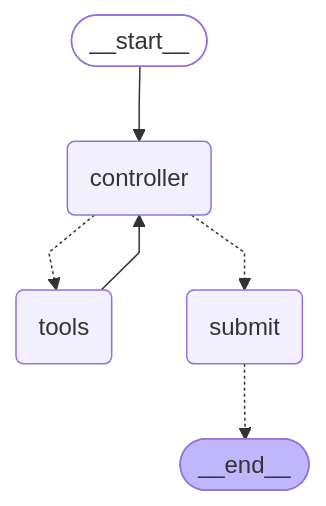
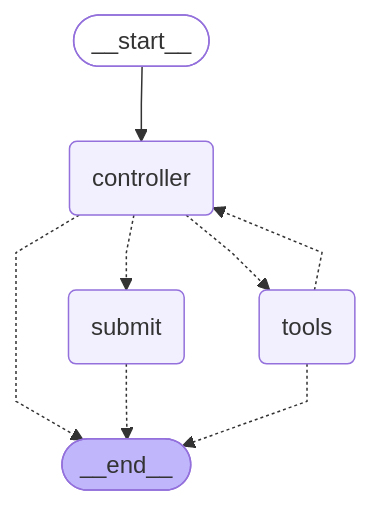
Before and after one commit to ASB1127/hw1-agent-architectures: the diagram in graphs/graph.mmd, drawn with Mermaid. The commit also changed other lines of this file and 47 other files, not shown here.

```diff
--- a/graphs/graph.mmd
+++ b/graphs/graph.mmd
@@ -1,19 +1,21 @@
 ---
 config:
   flowchart:
     curve: linear
 ---
 graph TD;
 	__start__([<p>__start__</p>]):::first
 	controller(controller)
 	tools(tools)
 	submit(submit)
 	__end__([<p>__end__</p>]):::last
 	__start__ --> controller;
+	controller -.-> __end__;
 	controller -.-> submit;
 	controller -.-> tools;
 	submit -.-> __end__;
-	tools --> controller;
+	tools -.-> __end__;
+	tools -.-> controller;
 	classDef default fill:#f2f0ff,line-height:1.2
 	classDef first fill-opacity:0
 	classDef last fill:#bfb6fc
```
